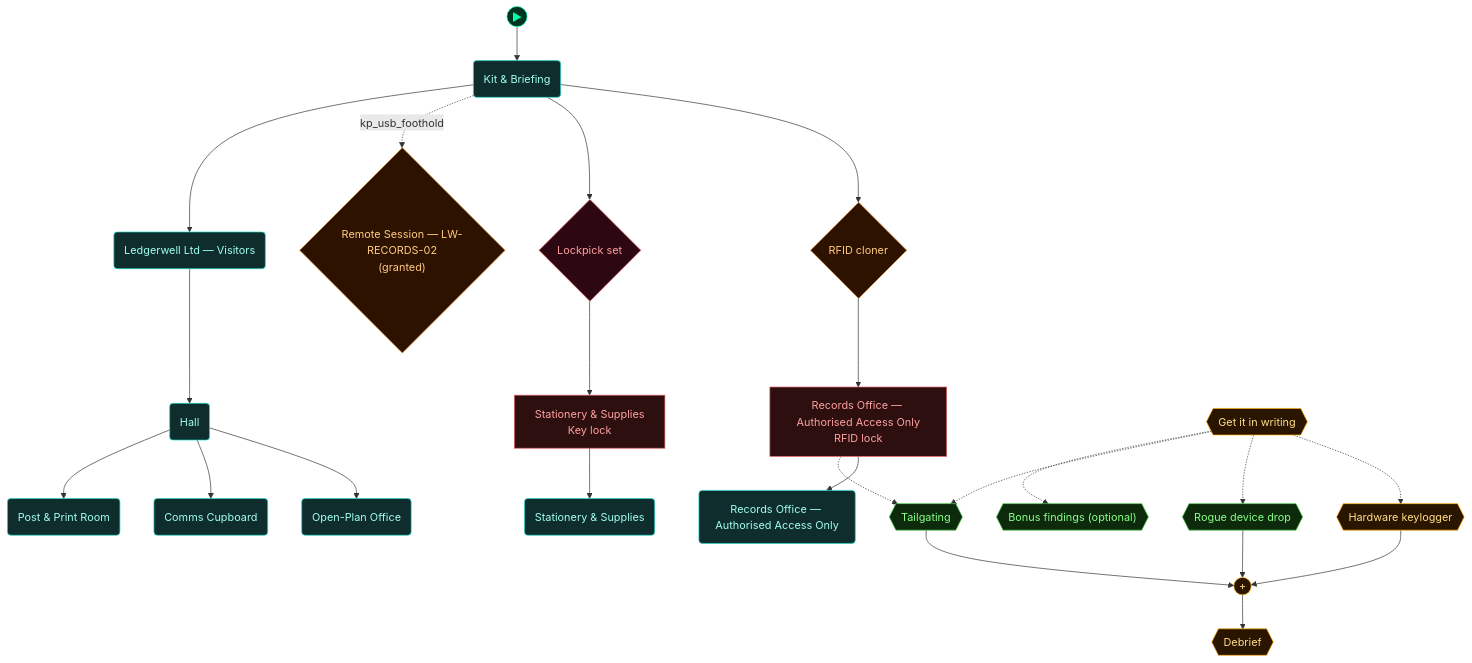
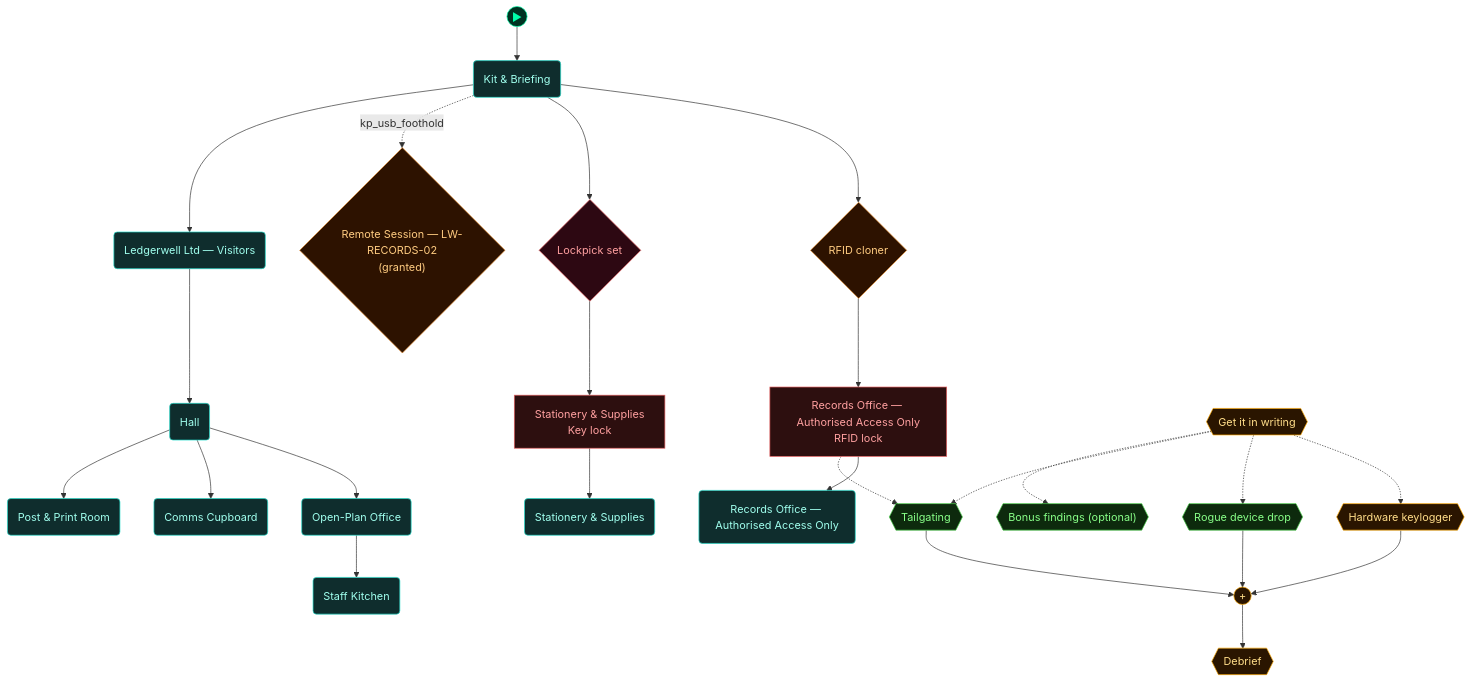
One commit to cliffe/BreakEscape changed the third of 5 diagrams in scenarios/lab_physical_pentest/dungeon_graph.md. Above: the diagram before and after it, drawn with Mermaid. The commit also changed other lines of this file and 6 other files, not shown here.

First line of the commit message:
lab_physical_pentest expansion step 6: P2 staff kitchen (NE north door of the 20x10 open plan) + fire-door/recon readables

````diff
--- a/scenarios/lab_physical_pentest/dungeon_graph.md
+++ b/scenarios/lab_physical_pentest/dungeon_graph.md
@@ -153,72 +155,74 @@
 ```mermaid
 flowchart TD
 
   classDef room      fill:#0f2d2d,stroke:#22ddcc,color:#a0ffee
   classDef lock      fill:#2d0f0f,stroke:#e66060,color:#ffa0a0
   classDef key       fill:#2d0812,stroke:#e66060,color:#ffa0a0
   classDef item      fill:#2d1200,stroke:#e89030,color:#ffcc80
   classDef gate      fill:#111,stroke:#666,color:#eee
   classDef vm        fill:#0c1f40,stroke:#4a90d9,color:#a0c8ff
   classDef flag      fill:#1a0c2d,stroke:#9060d0,color:#cc99ff
   classDef action    fill:#1a1200,stroke:#cc9922,color:#ffee88
   classDef aim       fill:#0d2a0d,stroke:#44cc44,color:#88ff88
   classDef aim_gate  fill:#111111,stroke:#44cc44,color:#44cc44
   classDef container fill:#1a2d1a,stroke:#60b060,color:#a0e0a0
   classDef npc       fill:#2d1f0d,stroke:#d0a050,color:#ffe0a0
   classDef critical  fill:#2a1500,stroke:#ffaa00,color:#ffdd88
   classDef start     fill:#003322,stroke:#00ffaa,color:#00ffaa
 
   node_start(("▶"))
   node_start --> briefing_room
 
   door_secure_area["Records Office — Authorised Access Only<br/>RFID lock"]
   secure_area("Records Office — Authorised Access Only")
   door_store_room["Stationery & Supplies<br/>Key lock"]
   store_room("Stationery & Supplies")
   briefing_room("Kit & Briefing")
   rfid_cloner{"RFID cloner"}
   lockpick_set{"Lockpick set"}
   grant_records_remote_session{"Remote Session — LW-RECORDS-02<br/>(granted)"}
   reception("Ledgerwell Ltd — Visitors")
   hall("Hall")
   open_plan("Open-Plan Office")
   P3("Comms Cupboard")
   P1("Post & Print Room")
+  P2("Staff Kitchen")
   aim_authorise{{"Get it in writing"}}
   aim_keylogger{{"Hardware keylogger"}}
   aim_usb{{"Rogue device drop"}}
   aim_tailgate{{"Tailgating"}}
   aim_bonus_beats{{"Bonus findings (optional)"}}
   aim_debrief{{"Debrief"}}
   aim_andgate_debrief((" + "))
 
   door_secure_area --> secure_area
   door_store_room --> store_room
   briefing_room --> rfid_cloner
   rfid_cloner --> door_secure_area
   briefing_room --> lockpick_set
   lockpick_set --> door_store_room
   briefing_room -.->|kp_usb_foothold| grant_records_remote_session
   briefing_room --> reception
   reception --> hall
   hall --> open_plan
   hall --> P3
   hall --> P1
+  open_plan --> P2
   aim_authorise -.-> aim_keylogger
   aim_authorise -.-> aim_usb
   aim_authorise -.-> aim_tailgate
   aim_authorise -.-> aim_bonus_beats
   aim_keylogger --> aim_andgate_debrief
   aim_usb --> aim_andgate_debrief
   aim_tailgate --> aim_andgate_debrief
   aim_andgate_debrief --> aim_debrief
   door_secure_area -.-> aim_tailgate
 
   class door_secure_area,door_store_room lock
-  class secure_area,store_room,briefing_room,reception,hall,open_plan,P3,P1 room
+  class secure_area,store_room,briefing_room,reception,hall,open_plan,P3,P1,P2 room
   class rfid_cloner,grant_records_remote_session item
   class lockpick_set key
   class aim_authorise,aim_keylogger,aim_debrief,aim_andgate_debrief critical
   class aim_usb,aim_tailgate,aim_bonus_beats aim
   class node_start start
 ```
````
